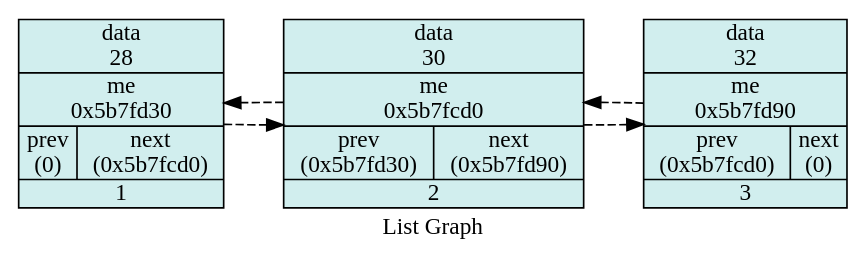
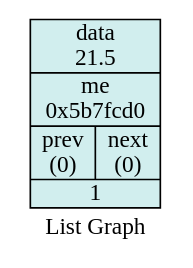
The diagram in 5_list/txt/graph_list.dot (StaVan28/iLab), drawn with Graphviz before and after one commit. The commit also changed 12 other files, not shown here.

```diff
--- a/5_list/txt/graph_list.dot
+++ b/5_list/txt/graph_list.dot
@@ -1,17 +1,11 @@
 digraph List {
 
 	node [shape = "circle", style = "filled", fillcolor = "salmon1", fontcolor = "#000000", margin = "0.01"];
 	edge [style = "dashed"];
 	rankdir = "LR"
 
 	label = "List Graph";
 
-	"V0x5b7fd30"[shape = "record", fillcolor="lightcyan2", label = "    data\n28 |    me\n0x5b7fd30 | {prev\n(0) |  next\n(0x5b7fcd0)} | <f0> 1"];
-	"V0x5b7fcd0"[shape = "record", fillcolor="lightcyan2", label = "    data\n30 |    me\n0x5b7fcd0 | {prev\n(0x5b7fd30) |  next\n(0x5b7fd90)} | <f0> 2"];
-	"V0x5b7fd90"[shape = "record", fillcolor="lightcyan2", label = "    data\n32 |    me\n0x5b7fd90 | {prev\n(0x5b7fcd0) |  next\n(0)} | <f0> 3"];
+	"V0x5b7fcd0"[shape = "record", fillcolor="lightcyan2", label = "    data\n21.5 |    me\n0x5b7fcd0 | {prev\n(0) |  next\n(0)} | <f0> 1"];
 
-	"V0x5b7fcd0"->"V0x5b7fd90";
-	"V0x5b7fd30"->"V0x5b7fcd0";
-	"V0x5b7fcd0"->"V0x5b7fd30";
-	"V0x5b7fd90"->"V0x5b7fcd0";
 }
```
